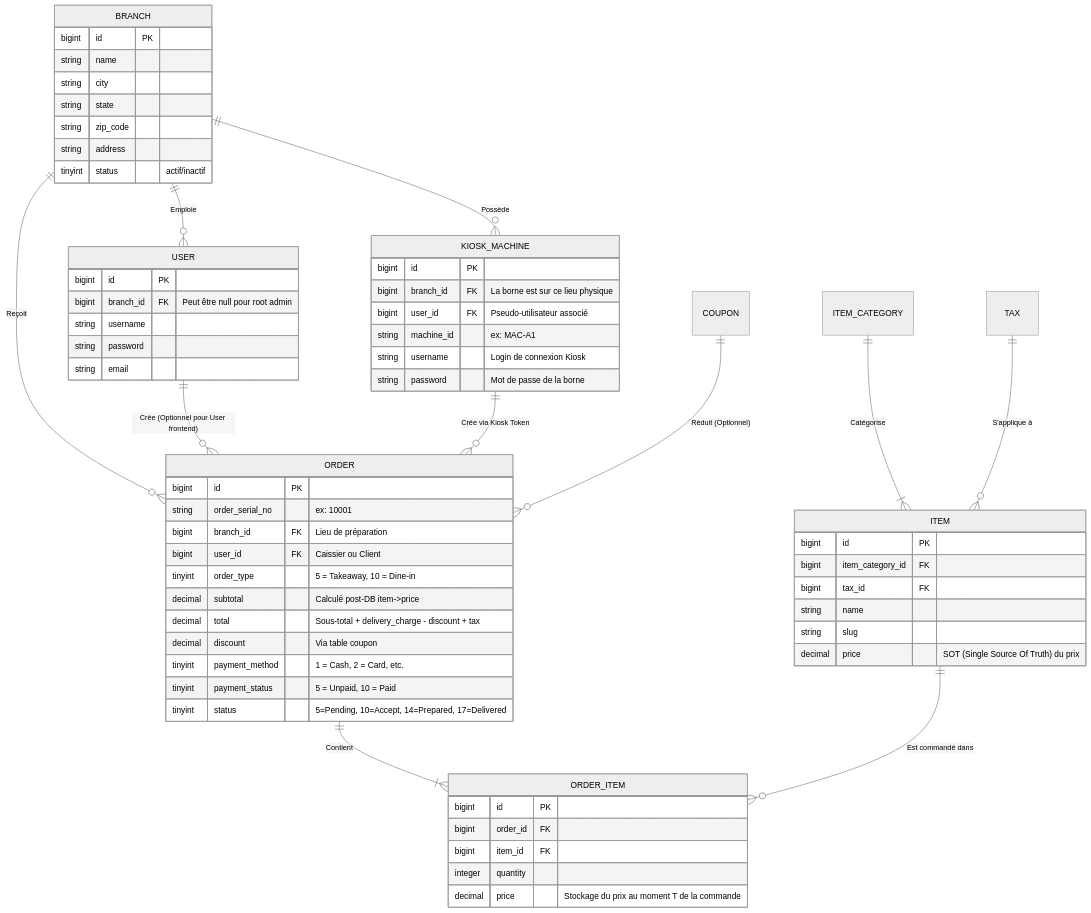
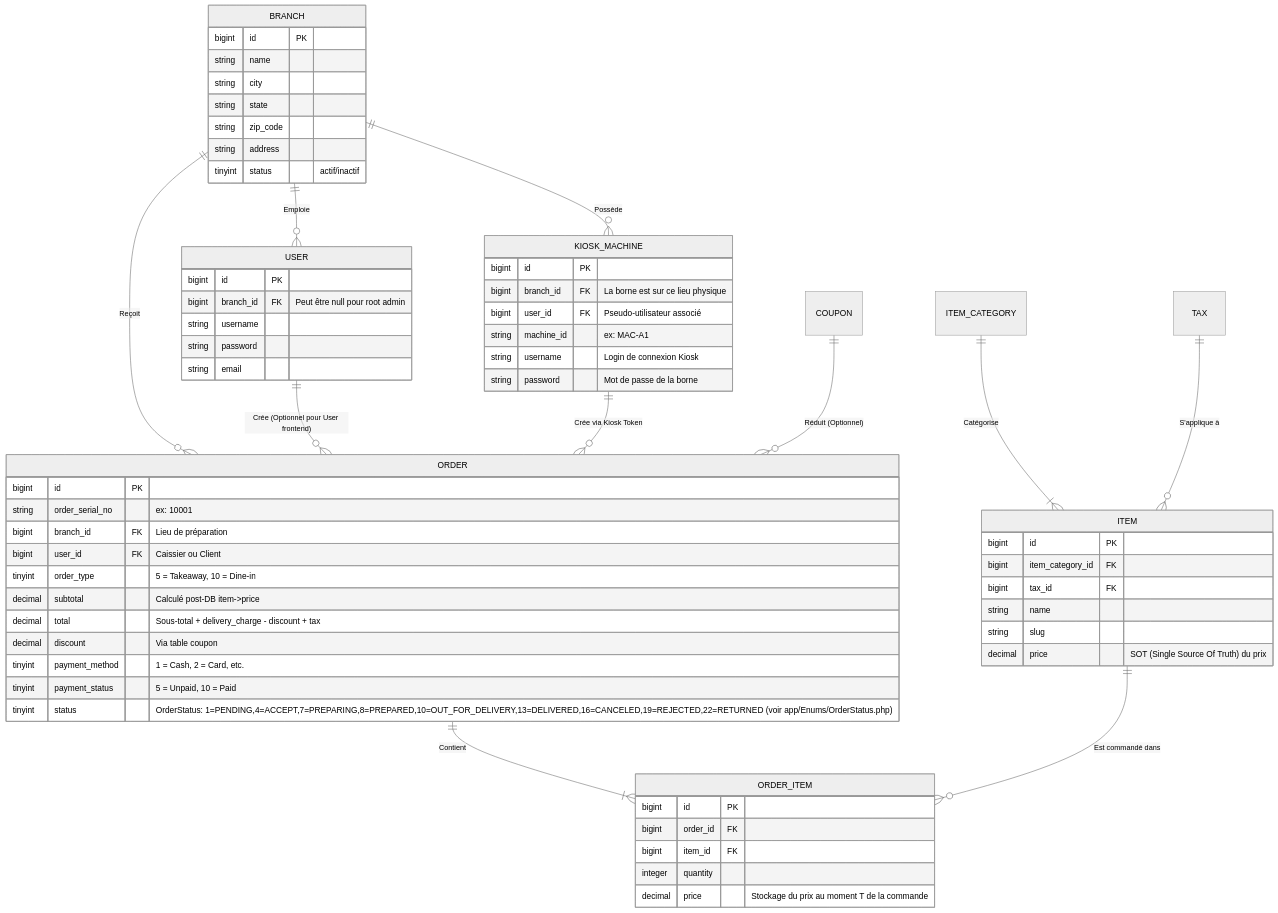
The diagram in docs/DATABASE_SCHEMA_CORE.md (loeymot-sketch/testttt), drawn with Mermaid (neutral theme) before and after one commit. The commit also changed 73 other files, not shown here.

````diff
--- a/docs/DATABASE_SCHEMA_CORE.md
+++ b/docs/DATABASE_SCHEMA_CORE.md
@@ -7,74 +7,74 @@
 ```mermaid
 erDiagram
     BRANCH ||--o{ USER : "Emploie"
     BRANCH ||--o{ KIOSK_MACHINE : "Possède"
     BRANCH ||--o{ ORDER : "Reçoit"
     
     USER ||--o{ ORDER : "Crée (Optionnel pour User frontend)"
     KIOSK_MACHINE ||--o{ ORDER : "Crée via Kiosk Token"
     
     ORDER ||--|{ ORDER_ITEM : "Contient"
     ITEM ||--o{ ORDER_ITEM : "Est commandé dans"
     
     ITEM_CATEGORY ||--|{ ITEM : "Catégorise"
     TAX ||--o{ ITEM : "S'applique à"
     COUPON ||--o{ ORDER : "Réduit (Optionnel)"
     
     BRANCH {
         bigint id PK
         string name
         string city
         string state
         string zip_code
         string address
         tinyint status "actif/inactif"
     }
 
     USER {
         bigint id PK
         bigint branch_id FK "Peut être null pour root admin"
         string username
         string password
         string email
     }
 
     KIOSK_MACHINE {
         bigint id PK
         bigint branch_id FK "La borne est sur ce lieu physique"
         bigint user_id FK "Pseudo-utilisateur associé"
         string machine_id "ex: MAC-A1"
         string username "Login de connexion Kiosk"
         string password "Mot de passe de la borne"
     }
 
     ORDER {
         bigint id PK
         string order_serial_no "ex: 10001"
         bigint branch_id FK "Lieu de préparation"
         bigint user_id FK "Caissier ou Client"
         tinyint order_type "5 = Takeaway, 10 = Dine-in"
         decimal subtotal "Calculé post-DB item->price"
         decimal total "Sous-total + delivery_charge - discount + tax"
         decimal discount "Via table coupon"
         tinyint payment_method "1 = Cash, 2 = Card, etc."
         tinyint payment_status "5 = Unpaid, 10 = Paid"
-        tinyint status "5=Pending, 10=Accept, 14=Prepared, 17=Delivered"
+        tinyint status "OrderStatus: 1=PENDING,4=ACCEPT,7=PREPARING,8=PREPARED,10=OUT_FOR_DELIVERY,13=DELIVERED,16=CANCELED,19=REJECTED,22=RETURNED (voir app/Enums/OrderStatus.php)"
     }
 
     ITEM {
         bigint id PK
         bigint item_category_id FK
         bigint tax_id FK
         string name
         string slug 
         decimal price "SOT (Single Source Of Truth) du prix"
     }
 
     ORDER_ITEM {
         bigint id PK
         bigint order_id FK
         bigint item_id FK
         integer quantity
         decimal price "Stockage du prix au moment T de la commande"
     }
 ```
````
